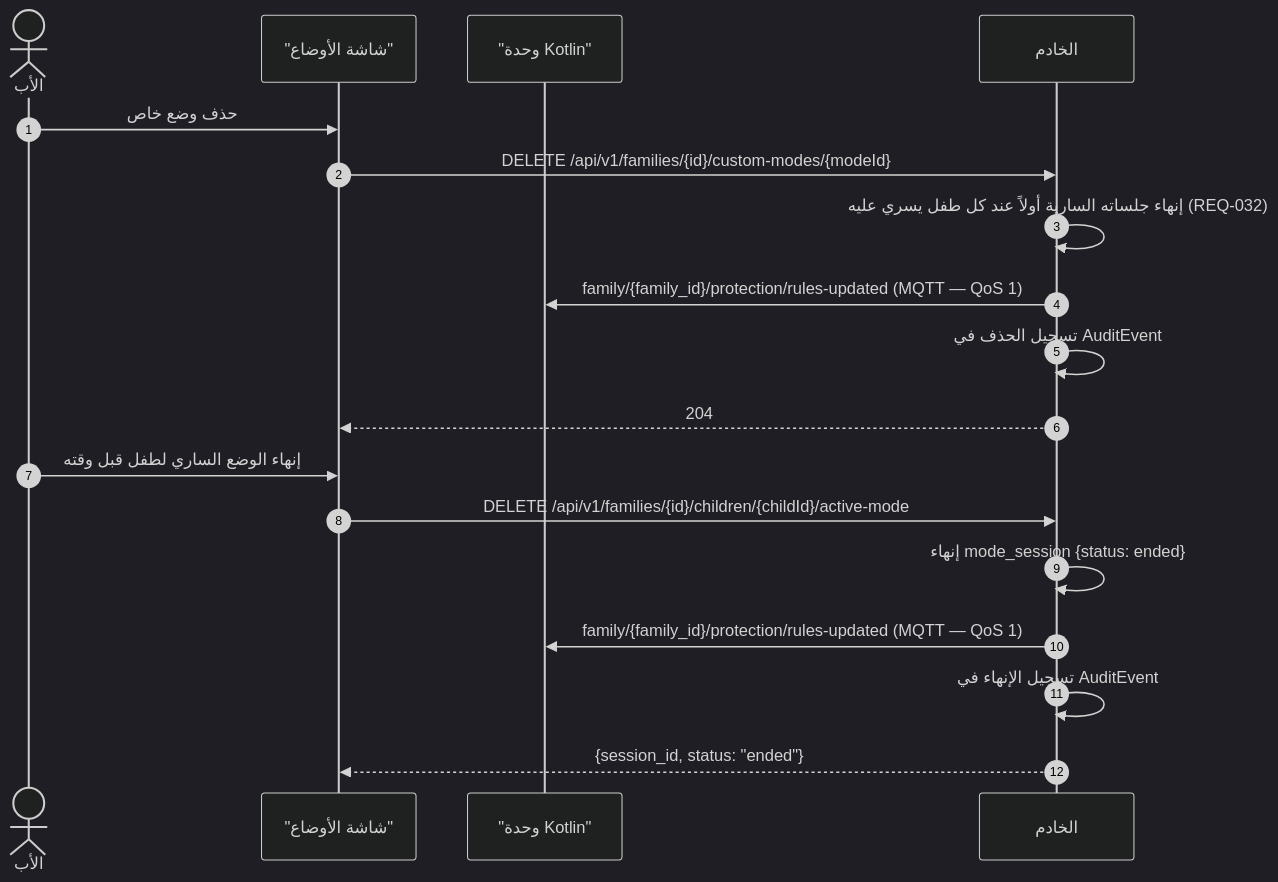
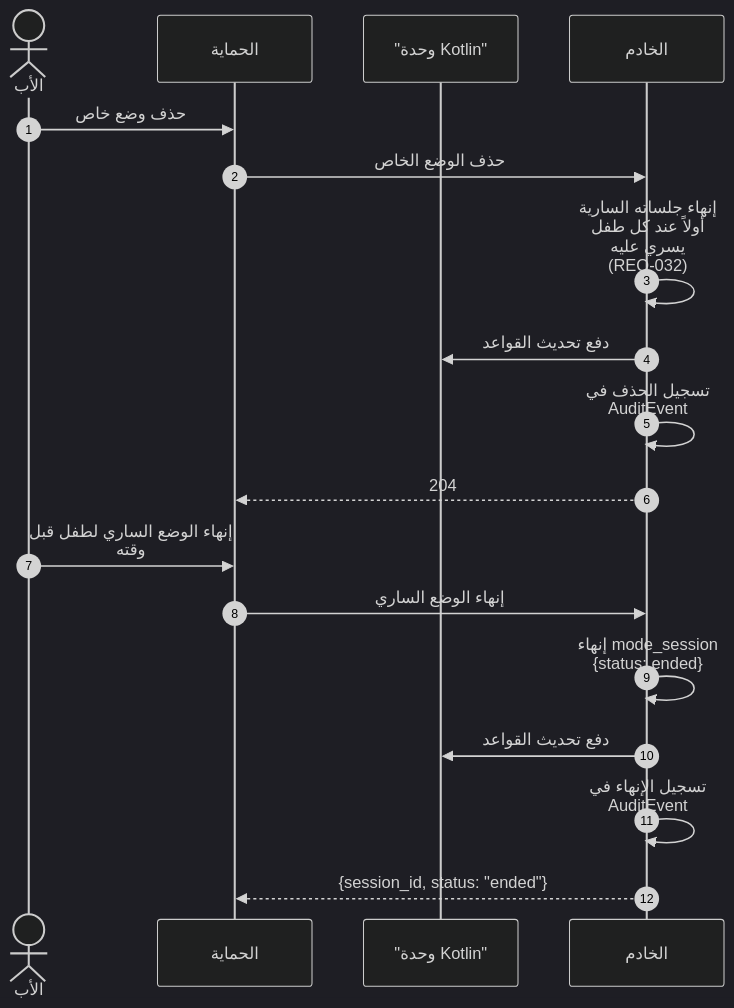
One commit to Bassam-mohammed-alqaeadi/family-os-v2 changed diagram 17 of 45 in docs/family-os/governance/phases/phase-1/S1-10-protection-and-enforcement/DIAGRAMS.md. Above: the diagram before and after it, drawn with Mermaid (dark theme). The commit also changed other lines of this file, not shown here.

````diff
--- a/docs/family-os/governance/phases/phase-1/S1-10-protection-and-enforcement/DIAGRAMS.md
+++ b/docs/family-os/governance/phases/phase-1/S1-10-protection-and-enforcement/DIAGRAMS.md
@@ -754,20 +841,21 @@
 ```mermaid
+%%{init: {"sequence": {"wrap": true}}}%%
 sequenceDiagram
     autonumber
     actor Father as الأب
-    participant S110 as "شاشة الأوضاع"
+    participant S110 as الحماية
     participant K as "وحدة Kotlin"
     participant Ktor as الخادم
     Father->>S110: حذف وضع خاص
-    S110->>Ktor: DELETE /api/v1/families/{id}/custom-modes/{modeId}
+    S110->>Ktor: حذف الوضع الخاص
     Ktor->>Ktor: إنهاء جلساته السارية أولاً عند كل طفل يسري عليه (REQ-032)
-    Ktor->>K: family/{family_id}/protection/rules-updated (MQTT — QoS 1)
+    Ktor->>K: دفع تحديث القواعد
     Ktor->>Ktor: تسجيل الحذف في AuditEvent
     Ktor-->>S110: 204
     Father->>S110: إنهاء الوضع الساري لطفل قبل وقته
-    S110->>Ktor: DELETE /api/v1/families/{id}/children/{childId}/active-mode
+    S110->>Ktor: إنهاء الوضع الساري
     Ktor->>Ktor: إنهاء mode_session {status: ended}
-    Ktor->>K: family/{family_id}/protection/rules-updated (MQTT — QoS 1)
+    Ktor->>K: دفع تحديث القواعد
     Ktor->>Ktor: تسجيل الإنهاء في AuditEvent
     Ktor-->>S110: {session_id, status: "ended"}
 ```
````
